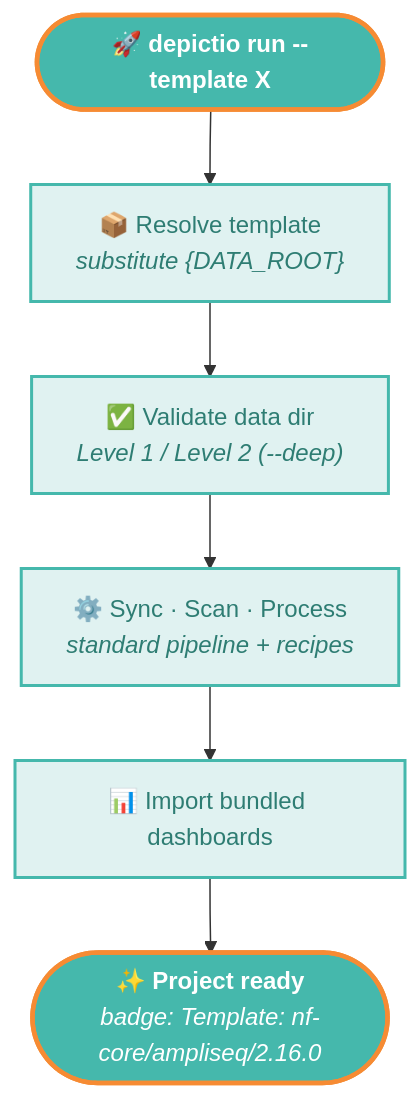
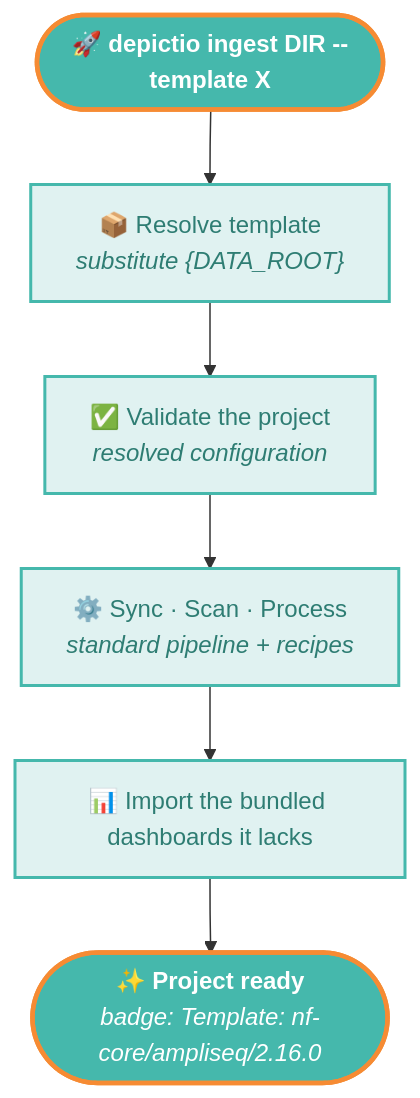
Before and after one commit to depictio/depictio-docs: the second of 2 diagrams in docs/usage/projects/guide.md, drawn with Mermaid. The commit also changed other lines of this file and 77 other files, not shown here.

First line of the commit message:
docs(cli): one depictio command, --server, depictio ingest and refreshes that keep dashboards

````diff
--- a/docs/usage/projects/guide.md
+++ b/docs/usage/projects/guide.md
@@ -508,13 +514,13 @@
 ```mermaid
 graph TD
-    A(["🚀 <b>depictio run --template X</b>"])
+    A(["🚀 <b>depictio ingest DIR --template X</b>"])
     A --> B["📦 Resolve template<br/><i>substitute {DATA_ROOT}</i>"]
-    B --> C["✅ Validate data dir<br/><i>Level 1 / Level 2 (--deep)</i>"]
+    B --> C["✅ Validate the project<br/><i>resolved configuration</i>"]
     C --> D["⚙️ Sync · Scan · Process<br/><i>standard pipeline + recipes</i>"]
-    D --> E["📊 Import bundled dashboards"]
+    D --> E["📊 Import the bundled dashboards it lacks"]
     E --> F(["✨ <b>Project ready</b><br/><i>badge: Template: nf-core/ampliseq/2.16.0</i>"])
 
     classDef default fill:#E0F2F1,stroke:#45B8AC,stroke-width:2px,color:#2E7D73
     classDef endpoints fill:#45B8AC,stroke:#F68B33,stroke-width:3px,color:#fff
     class A,F endpoints
 ```
````
